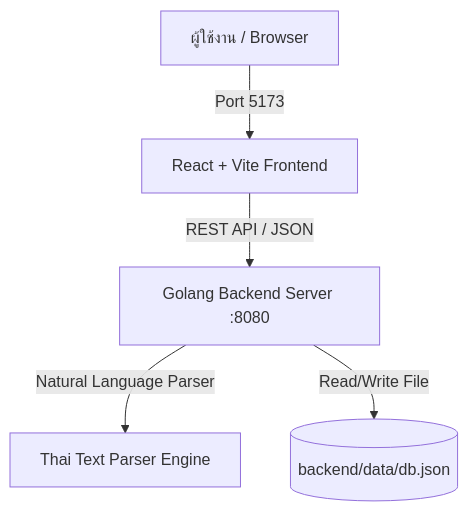
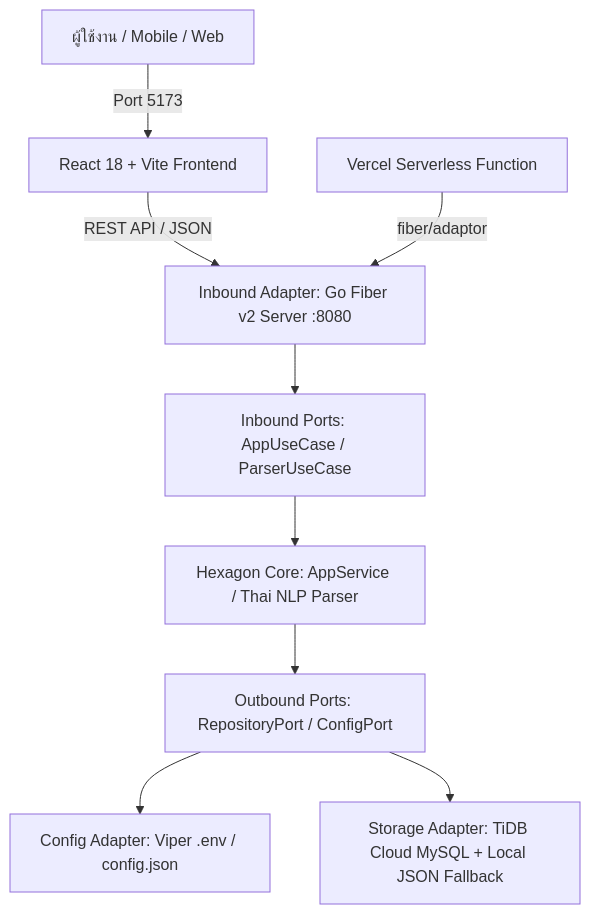
Before and after one commit to arun19384/project-jod-young: the diagram in README.md, drawn with Mermaid. The commit also changed other lines of this file and 40 other files, not shown here.

Commit message:
refactor(backend): migrate to Hexagonal Architecture with Go Fiber and Viper

````diff
--- a/README.md
+++ b/README.md
@@ -9,7 +9,11 @@
 ```mermaid
 graph TD
-    User[ผู้ใช้งาน / Browser] -->|Port 5173| FE[React + Vite Frontend]
-    FE -->|REST API / JSON| BE[Golang Backend Server :8080]
-    BE -->|Natural Language Parser| NLP[Thai Text Parser Engine]
-    BE -->|Read/Write File| DB[(backend/data/db.json)]
+    User[ผู้ใช้งาน / Mobile / Web] -->|Port 5173| FE[React 18 + Vite Frontend]
+    FE -->|REST API / JSON| Fiber[Inbound Adapter: Go Fiber v2 Server :8080]
+    Vercel[Vercel Serverless Function] -->|fiber/adaptor| Fiber
+    Fiber --> InboundPort[Inbound Ports: AppUseCase / ParserUseCase]
+    InboundPort --> CoreService[Hexagon Core: AppService / Thai NLP Parser]
+    CoreService --> OutboundPort[Outbound Ports: RepositoryPort / ConfigPort]
+    OutboundPort --> Viper[Config Adapter: Viper .env / config.json]
+    OutboundPort --> Storage[Storage Adapter: TiDB Cloud MySQL + Local JSON Fallback]
 ```
````
